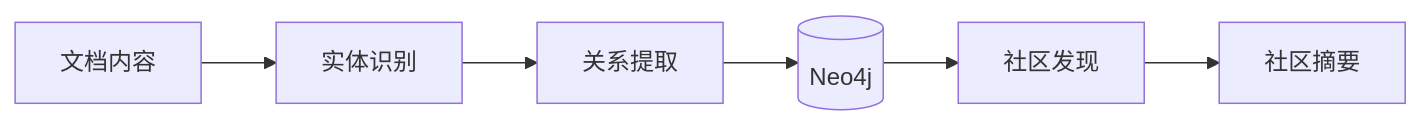
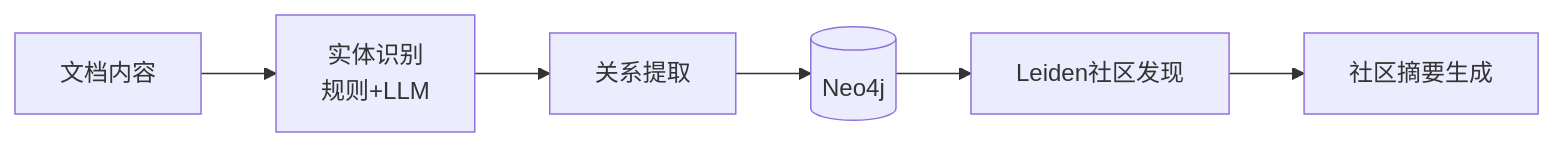
One commit to honglanjingyu/PaperReadingRAG changed the third of 6 diagrams in README.md. Above: the diagram before and after it, drawn with Mermaid. The commit also changed other lines of this file and 28 other files, not shown here.

````diff
--- a/README.md
+++ b/README.md
@@ -61,8 +86,8 @@
 ```mermaid
 graph LR
-    A[文档内容] --> B[实体识别]
+    A[文档内容] --> B[实体识别<br>规则+LLM]
     B --> C[关系提取]
     C --> D[(Neo4j)]
-    D --> E[社区发现]
-    E --> F[社区摘要]
+    D --> E[Leiden社区发现]
+    E --> F[社区摘要生成]
 ```
````
